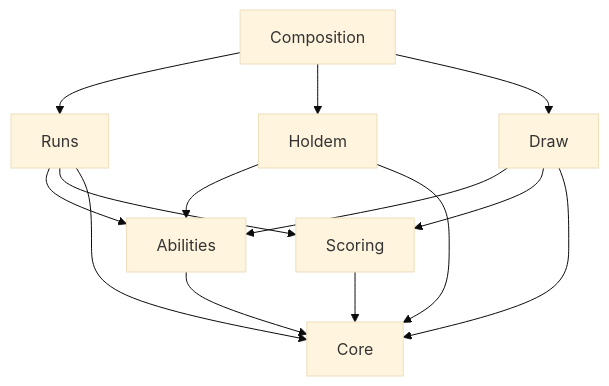
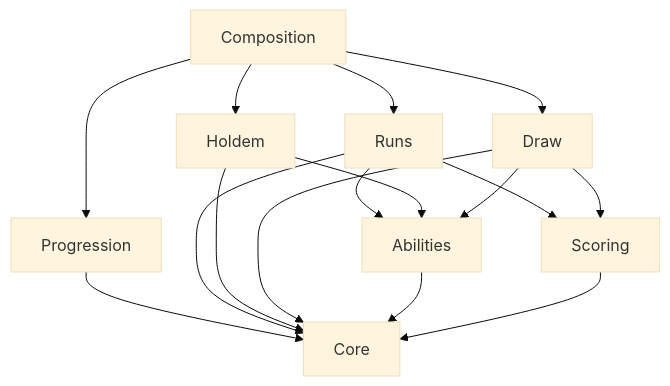
Before and after one commit to Kaya-s-Casino-Group/Texas-Holdem: the diagram in Assets/PokerEngine/README.md, drawn with Mermaid (base theme). The commit also changed other lines of this file and 4 other files, not shown here.

````diff
--- a/Assets/PokerEngine/README.md
+++ b/Assets/PokerEngine/README.md
@@ -19,16 +20,18 @@
 ```mermaid
 graph TD
     Composition --> Runs
+    Composition --> Progression
+    Progression --> Core
     Composition --> Holdem
     Composition --> Draw
     Runs --> Abilities
     Runs --> Scoring
     Runs --> Core
     Holdem --> Abilities
     Holdem --> Core
     Draw --> Abilities
     Draw --> Scoring
     Draw --> Core
     Abilities --> Core
     Scoring --> Core
 ```
````
